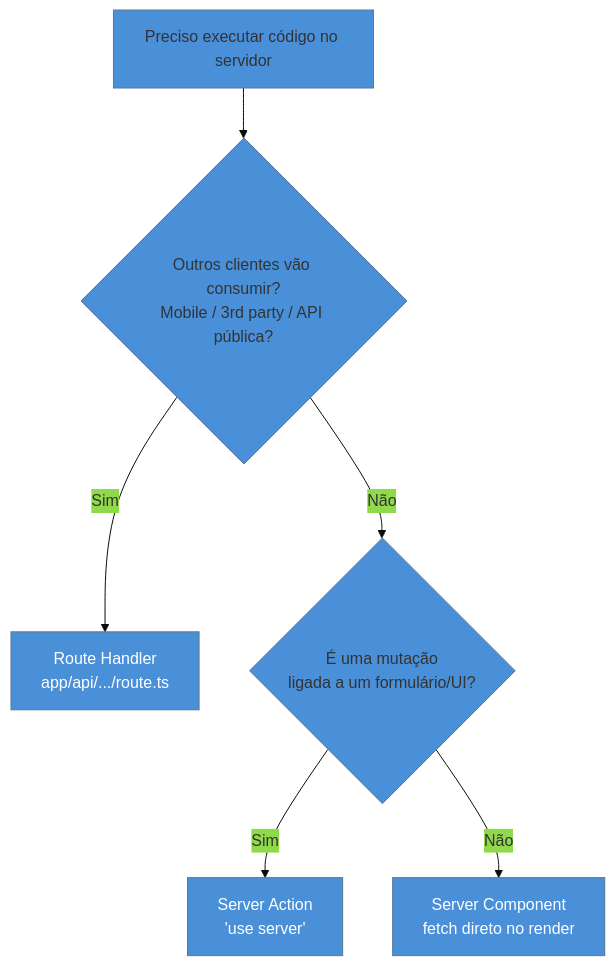
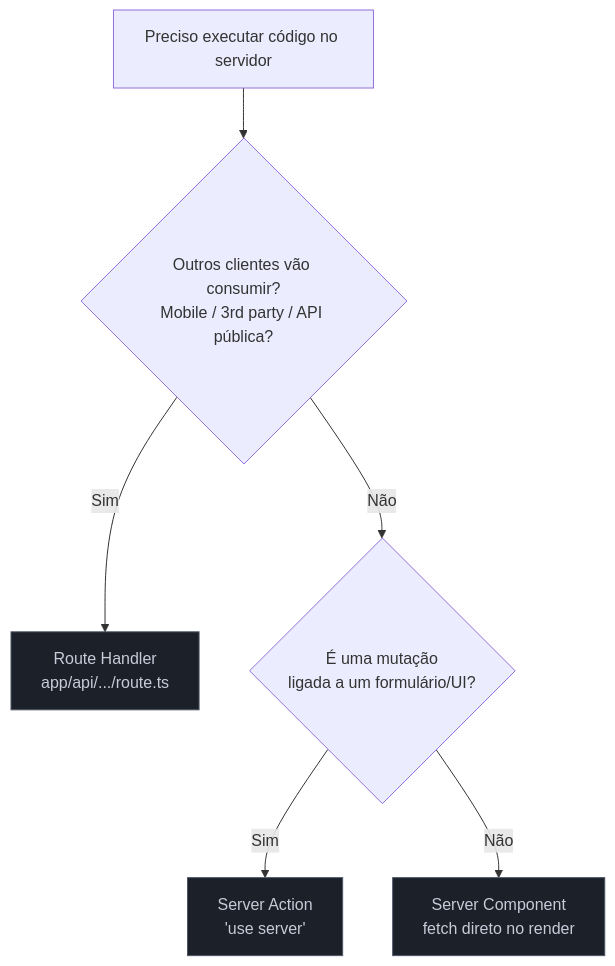
One commit to josenaldo/codex-technomanticus changed the second of 2 diagrams in 03-Dominios/Tecnologia/React/Next.js/10 - Route Handlers e APIs.md. Above: the diagram before and after it, drawn with Mermaid. The commit also changed other lines of this file and 1181 other files, not shown here.

First line of the commit message:
fix(diagramas): paleta do sistema no lugar de cor cravada no markdown

````diff
--- a/03-Dominios/Tecnologia/React/Next.js/10 - Route Handlers e APIs.md
+++ b/03-Dominios/Tecnologia/React/Next.js/10 - Route Handlers e APIs.md
@@ -244,13 +243,13 @@
 ```mermaid
-%%{init: {"theme": "base", "themeVariables": {"primaryColor": "#4A90D9", "warningBkgColor": "#F5A623"}}}%%
 flowchart TD
+    classDef neutro fill:#1B2029,stroke:#4E5666,color:#C6CCD8
     A[Preciso executar código no servidor] --> B{Outros clientes vão consumir?\nMobile / 3rd party / API pública?}
     B -- Sim --> C[Route Handler\napp/api/.../route.ts]
     B -- Não --> D{É uma mutação\nligada a um formulário/UI?}
     D -- Sim --> E[Server Action\n'use server']
     D -- Não --> F[Server Component\nfetch direto no render]
 
-    style C fill:#4A90D9,color:#fff
-    style E fill:#4A90D9,color:#fff
-    style F fill:#4A90D9,color:#fff
+    class C neutro
+    class E neutro
+    class F neutro
 ```
````
